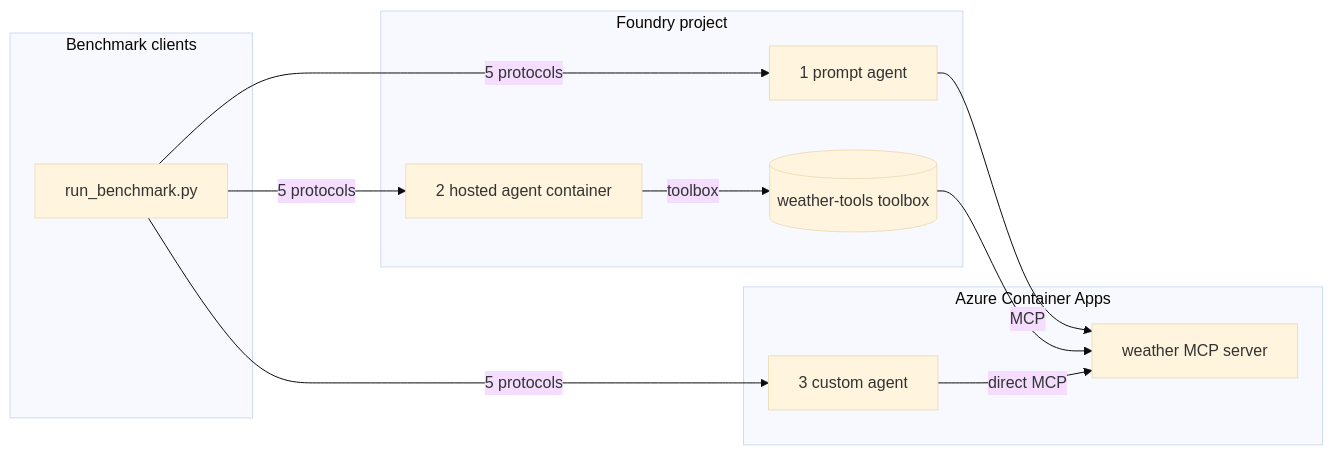
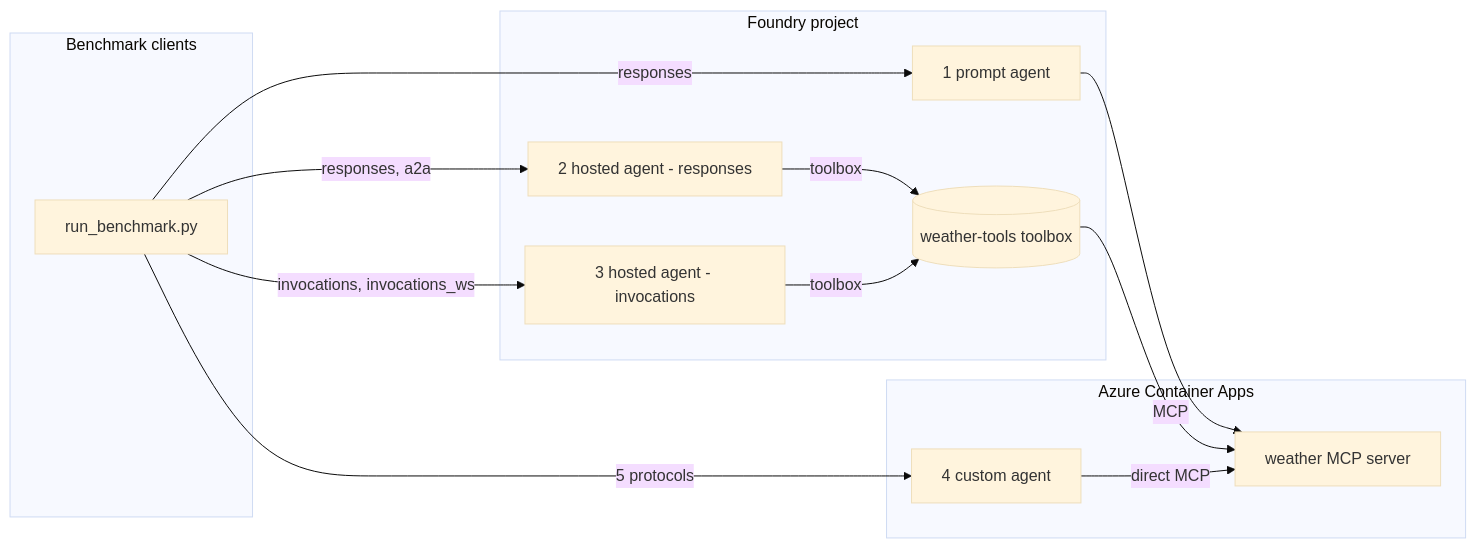
The diagram in README.md (denniszielke/foundry-performance), drawn with Mermaid (base theme) before and after one commit. The commit also changed other lines of this file and 42 other files, not shown here.

````diff
--- a/README.md
+++ b/README.md
@@ -43,21 +48,24 @@
 ```mermaid
 flowchart LR
     subgraph clients[Benchmark clients]
       B[run_benchmark.py]
     end
     subgraph foundry[Foundry project]
       P[1 prompt agent]
-      H[2 hosted agent container]
+      HR[2 hosted agent - responses]
+      HI[3 hosted agent - invocations]
       T[(weather-tools toolbox)]
     end
     subgraph aca[Azure Container Apps]
-      C[3 custom agent]
+      C[4 custom agent]
       M[weather MCP server]
     end
-    B -->|5 protocols| P
-    B -->|5 protocols| H
+    B -->|responses| P
+    B -->|responses, a2a| HR
+    B -->|invocations, invocations_ws| HI
     B -->|5 protocols| C
     P -->|MCP| M
-    H -->|toolbox| T --> M
+    HR -->|toolbox| T --> M
+    HI -->|toolbox| T
     C -->|direct MCP| M
 ```
````
